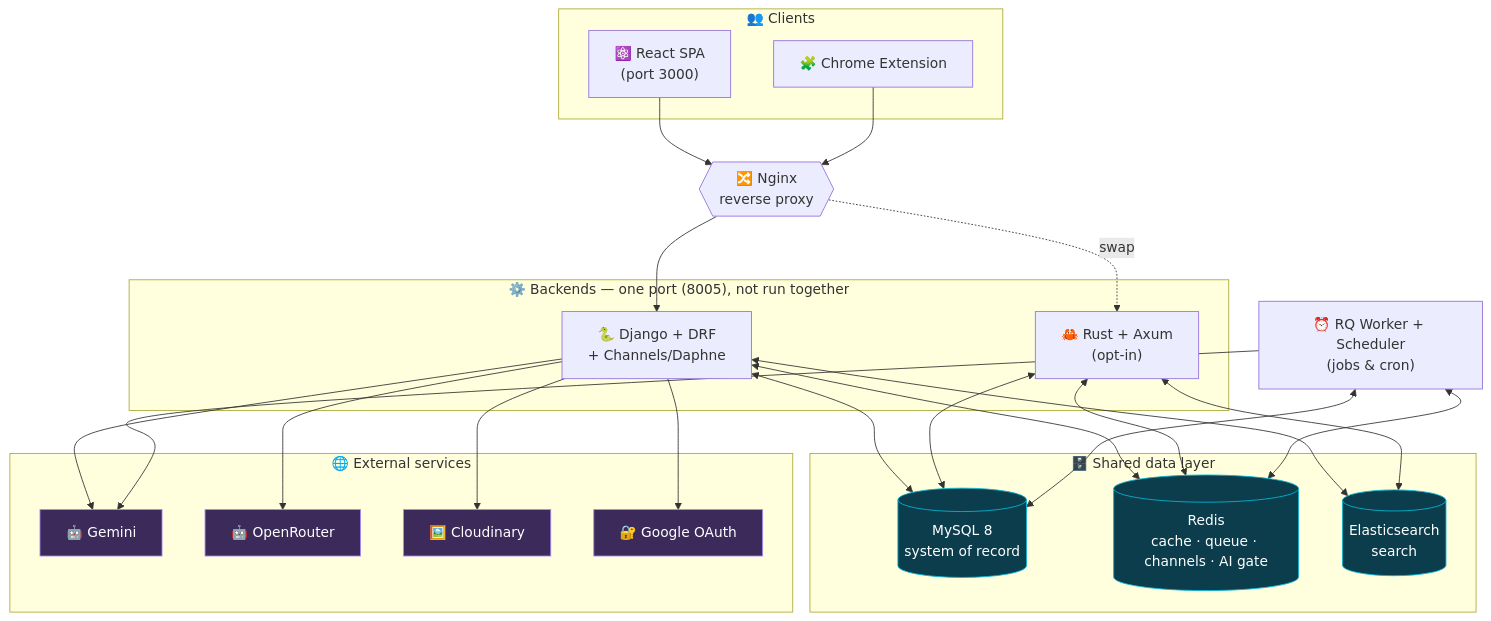
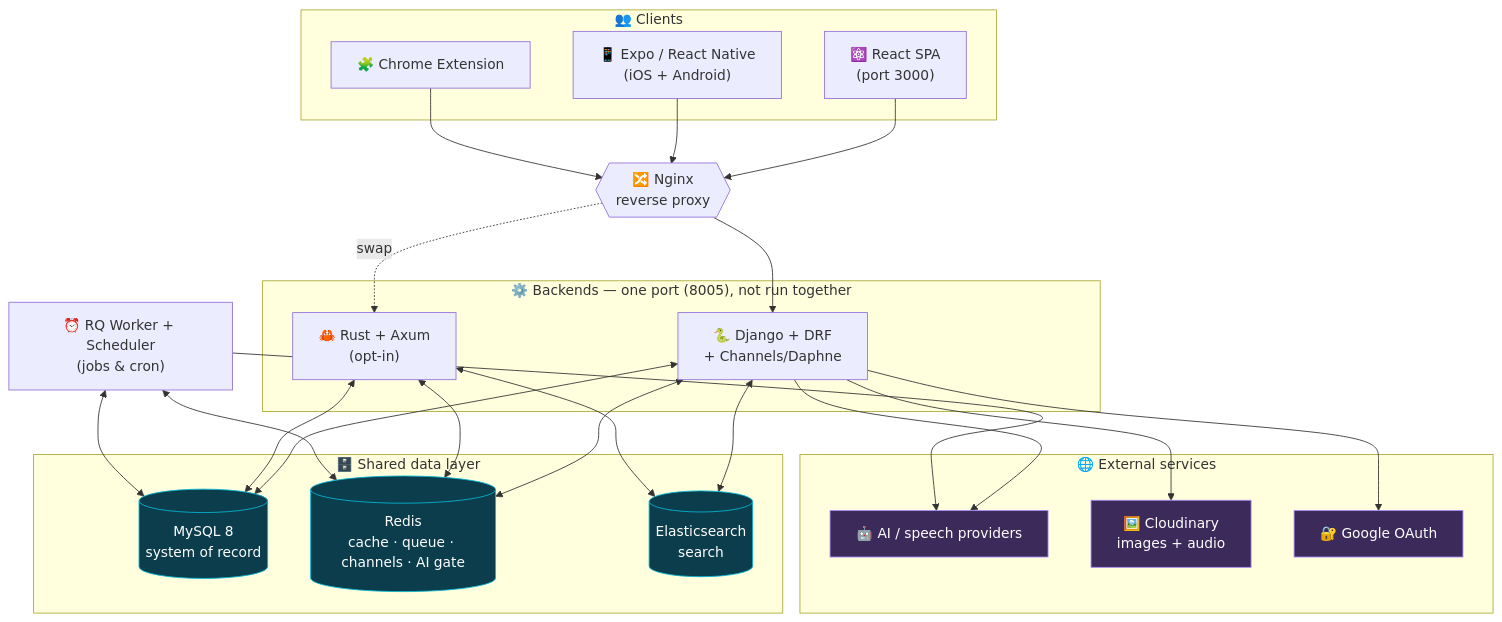
One commit to ngovandong/flashlearn changed the diagram in README.md. Above: the diagram before and after it, drawn with Mermaid. The commit also changed other lines of this file and 453 other files, not shown here.

````diff
--- a/README.md
+++ b/README.md
@@ -88,51 +108,52 @@
 ```mermaid
 flowchart TB
     subgraph clients["👥 Clients"]
         Web["⚛️ React SPA<br/>(port 3000)"]
+        Mobile["📱 Expo / React Native<br/>(iOS + Android)"]
         Ext["🧩 Chrome Extension"]
     end
 
     Nginx{{"🔀 Nginx<br/>reverse proxy"}}
 
     subgraph backends["⚙️ Backends — one port (8005), not run together"]
         Django["🐍 Django + DRF<br/>+ Channels/Daphne"]
         Rust["🦀 Rust + Axum<br/>(opt-in)"]
     end
 
     Worker["⏰ RQ Worker + Scheduler<br/>(jobs & cron)"]
 
     subgraph data["🗄️ Shared data layer"]
         MySQL[("MySQL 8<br/>system of record")]
         Redis[("Redis<br/>cache · queue · channels · AI gate")]
         ES[("Elasticsearch<br/>search")]
     end
 
     subgraph ext["🌐 External services"]
-        Gemini["🤖 Gemini"]
-        OpenRouter["🤖 OpenRouter"]
-        Cloud["🖼️ Cloudinary"]
+        AI["🤖 AI / speech providers"]
+        Cloud["🖼️ Cloudinary<br/>images + audio"]
         OAuth["🔐 Google OAuth"]
     end
 
     Web --> Nginx
+    Mobile --> Nginx
     Ext --> Nginx
     Nginx --> Django
     Nginx -. swap .-> Rust
 
     Django <--> MySQL
     Django <--> Redis
     Django <--> ES
     Rust <--> MySQL
     Rust <--> Redis
     Rust <--> ES
 
-    Django --> Gemini & OpenRouter & Cloud & OAuth
+    Django --> AI & Cloud & OAuth
     Worker <--> Redis
     Worker <--> MySQL
-    Worker --> Gemini
+    Worker --> AI
 
     classDef store fill:#0b3d4d,stroke:#06b6d4,color:#fff
     classDef svc fill:#3b2a5a,stroke:#a78bfa,color:#fff
     class MySQL,Redis,ES store
-    class Gemini,OpenRouter,Cloud,OAuth svc
+    class AI,Cloud,OAuth svc
 ```
````
